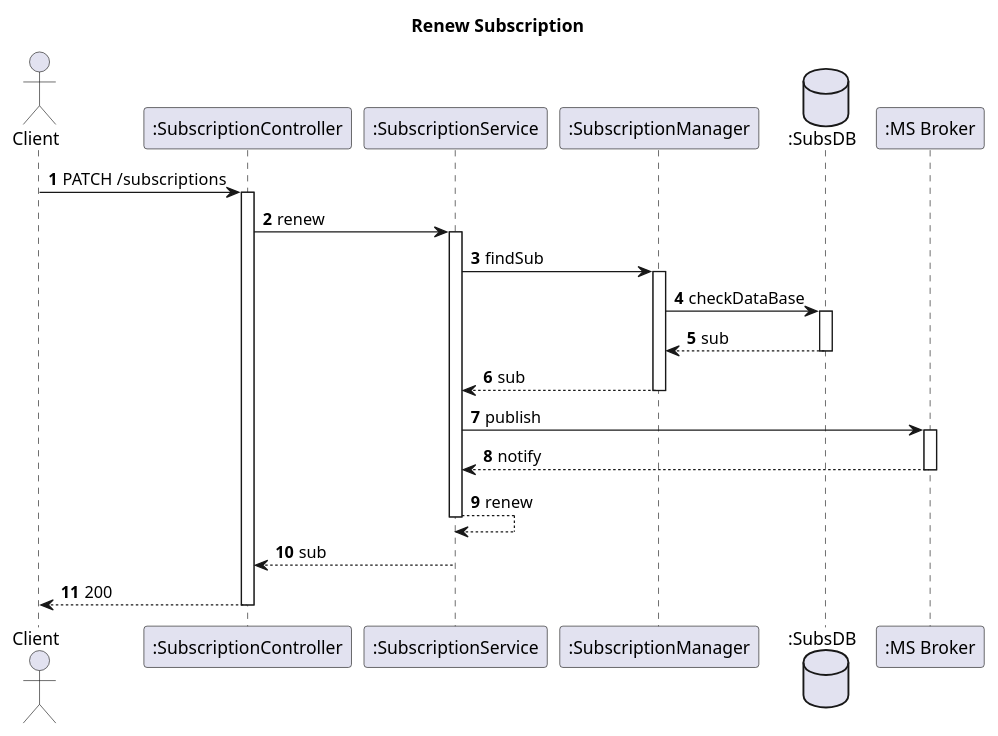
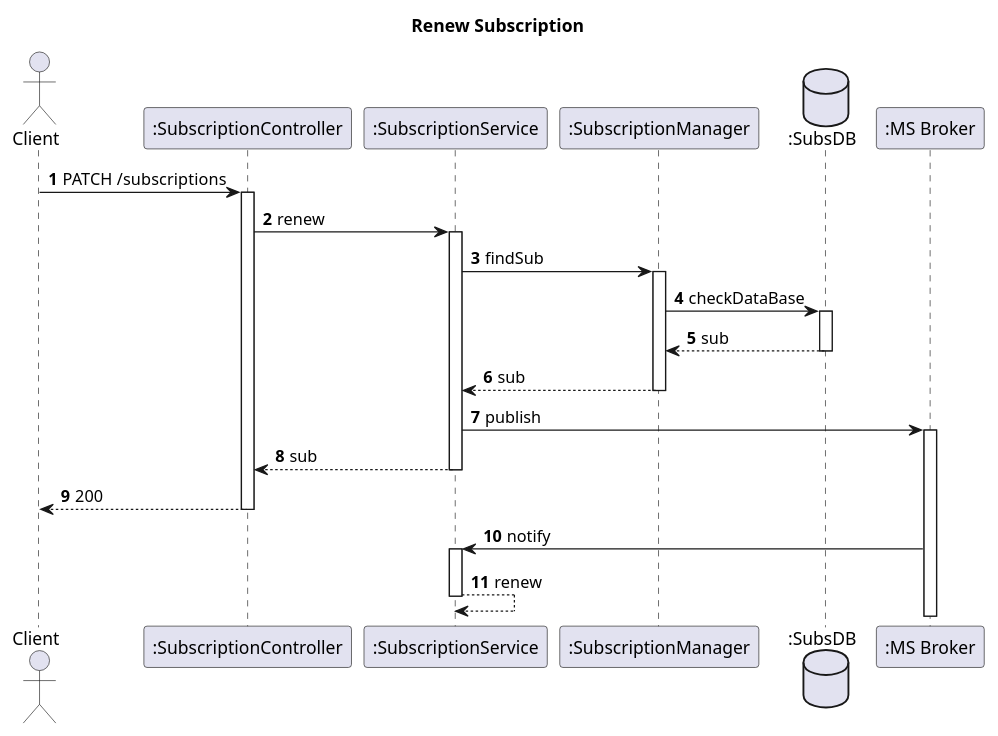
The diagram in docs_sidis/Segunda_Avalição/Subs/Vista Logica/N3/RenewSubs.puml (IsepMartimOliveira/SIDIS), drawn with PlantUML before and after one commit. The commit also changed 8 other files, not shown here.

```diff
--- a/docs_sidis/Segunda_Avalição/Subs/Vista Logica/N3/RenewSubs.puml
+++ b/docs_sidis/Segunda_Avalição/Subs/Vista Logica/N3/RenewSubs.puml
@@ -1,26 +1,27 @@
 @startuml
 'https://plantuml.com/sequence-diagram
 autoactivate on
 autonumber
 title  Renew Subscription
 
 autonumber
 
 actor "Client" as Ac
 participant ":SubscriptionController" as Auth
 participant ":SubscriptionService" as SService
 participant ":SubscriptionManager" as UManager
 database ":SubsDB" as SDB
 participant ":MS Broker" as Broker
 Ac->Auth: PATCH /subscriptions
 Auth->SService: renew
 SService->UManager: findSub
 UManager->SDB: checkDataBase
 SDB-->UManager:sub
 UManager --> SService:sub
 SService->Broker: publish
-Broker--> SService: notify
-SService --> SService: renew
 SService -->Auth:sub
 Auth --> Ac : 200
+Broker-> SService: notify
+SService --> SService: renew
+
 @enduml
```
